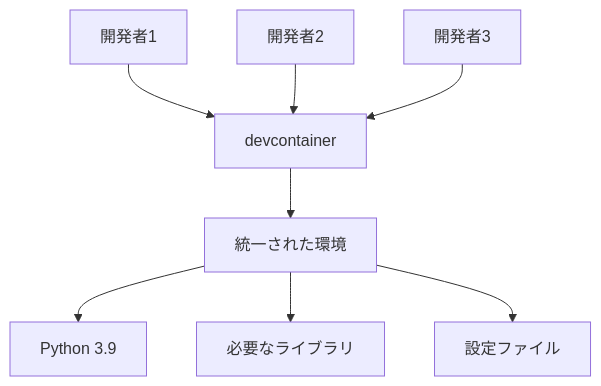
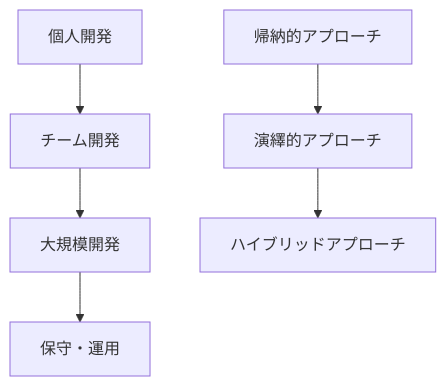
Before and after one commit to syeeel/cs-study-marp: the second of 5 diagrams in src/CS勉強会.md, drawn with Mermaid. The commit also changed other lines of this file and 1 other file, not shown here.

```diff
--- a/src/CS勉強会.md
+++ b/src/CS勉強会.md
@@ -142,10 +132,9 @@
 <pre class="mermaid">
 graph TD
-    A[開発者1] --> C[devcontainer]
-    B[開発者2] --> C
-    D[開発者3] --> C
-    C --> E[統一された環境]
-    E --> F[Python 3.9]
-    E --> G[必要なライブラリ]
-    E --> H[設定ファイル]
+    A[個人開発] --> B[チーム開発]
+    B --> C[大規模開発]
+    C --> D[保守・運用]
+    
+    E[帰納的アプローチ] --> F[演繹的アプローチ]
+    F --> G[ハイブリッドアプローチ]
 </pre>
```
